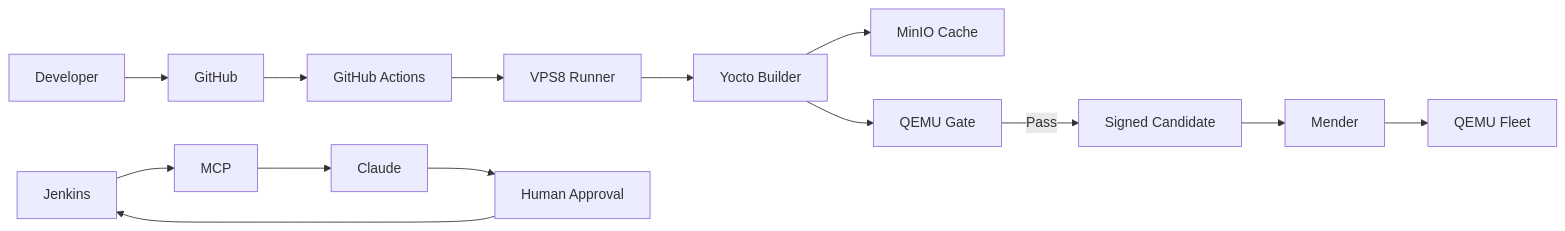
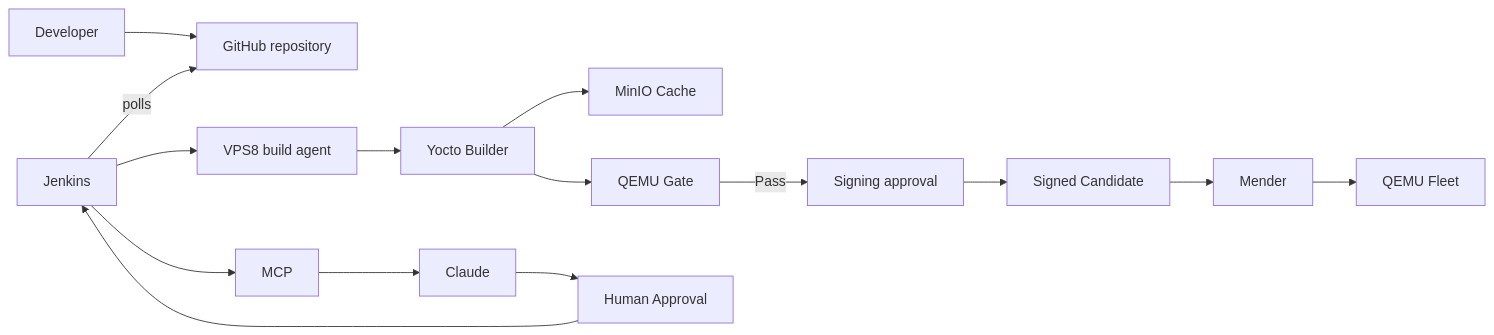
One commit to stonetusker/tuskerblueprint-embedded changed the diagram in docs/04-architecture/architecture-overview.md. Above: the diagram before and after it, drawn with Mermaid. The commit also changed other lines of this file and 88 other files, not shown here.

Commit message:
Major change: Moved all workflows to Jenkins (instead of Github Actions)

````diff
--- a/docs/04-architecture/architecture-overview.md
+++ b/docs/04-architecture/architecture-overview.md
@@ -26,16 +26,17 @@
 ```mermaid
 flowchart LR
-  Dev[Developer] --> Git[GitHub]
-  Git --> GHA[GitHub Actions]
-  GHA --> Runner[VPS8 Runner]
-  Runner --> Build[Yocto Builder]
+  Dev[Developer] --> Git[GitHub repository]
+  Jenkins[Jenkins] -->|polls| Git
+  Jenkins --> Agent[VPS8 build agent]
+  Agent --> Build[Yocto Builder]
   Build --> Cache[MinIO Cache]
   Build --> QEMU[QEMU Gate]
-  QEMU -->|Pass| Candidate[Signed Candidate]
+  QEMU -->|Pass| Approve1[Signing approval]
+  Approve1 --> Candidate[Signed Candidate]
   Candidate --> Mender[Mender]
   Mender --> Fleet[QEMU Fleet]
-  Jenkins[Jenkins] --> MCP[MCP]
+  Jenkins --> MCP[MCP]
   MCP --> Claude[Claude]
   Claude --> Human[Human Approval]
   Human --> Jenkins
 ```
````
